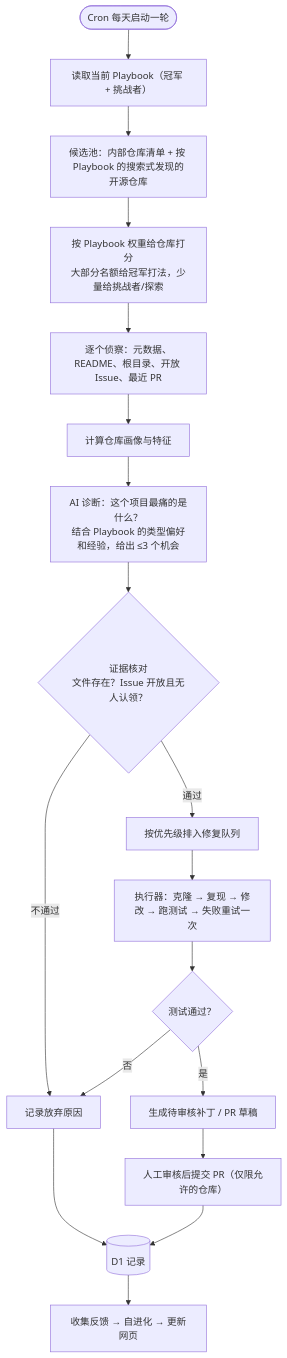
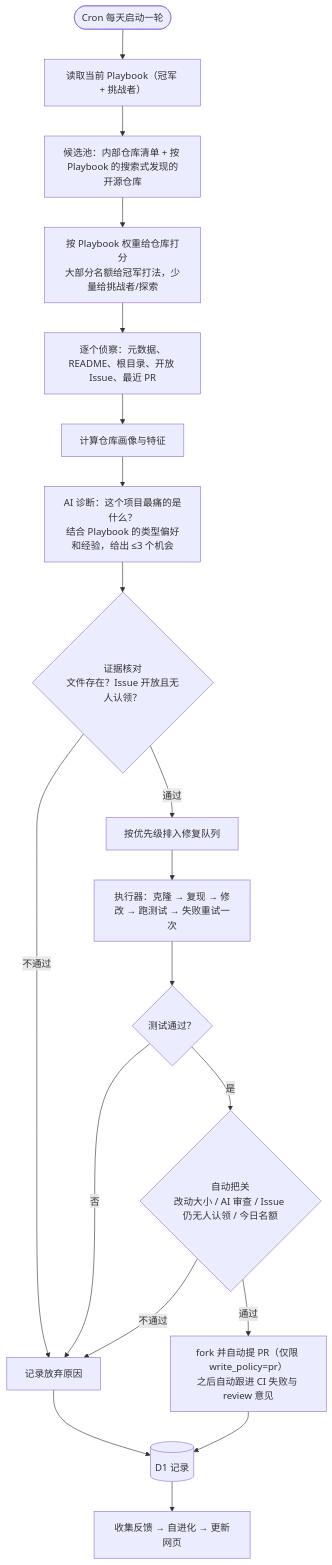
Before and after one commit to RachelXiaolan/bug-hunter-rsi: the first of 2 diagrams in docs/requirements.md, drawn with Mermaid. The commit also changed other lines of this file and 20 other files, not shown here.

````diff
--- a/docs/requirements.md
+++ b/docs/requirements.md
@@ -47,20 +47,21 @@
 ```mermaid
 flowchart TD
     S([Cron 每天启动一轮]) --> A[读取当前 Playbook（冠军 + 挑战者）]
     A --> B[候选池：内部仓库清单 + 按 Playbook 的搜索式发现的开源仓库]
     B --> C[按 Playbook 权重给仓库打分<br/>大部分名额给冠军打法，少量给挑战者/探索]
     C --> D[逐个侦察：元数据、README、根目录、开放 Issue、最近 PR]
     D --> E[计算仓库画像与特征]
     E --> F[AI 诊断：这个项目最痛的是什么？<br/>结合 Playbook 的类型偏好和经验，给出 ≤3 个机会]
     F --> G{证据核对<br/>文件存在？Issue 开放且无人认领？}
     G -- 不通过 --> X[记录放弃原因]
     G -- 通过 --> H[按优先级排入修复队列]
     H --> I[执行器：克隆 → 复现 → 修改 → 跑测试 → 失败重试一次]
     I --> J{测试通过？}
     J -- 否 --> X
-    J -- 是 --> K[生成待审核补丁 / PR 草稿]
-    K --> L[人工审核后提交 PR（仅限允许的仓库）]
+    J -- 是 --> K{自动把关<br/>改动大小 / AI 审查 / Issue 仍无人认领 / 今日名额}
+    K -- 不通过 --> X
+    K -- 通过 --> L[fork 并自动提 PR（仅限 write_policy=pr）<br/>之后自动跟进 CI 失败与 review 意见]
     X --> M[(D1 记录)]
     L --> M
     M --> N[收集反馈 → 自进化 → 更新网页]
 ```
````
